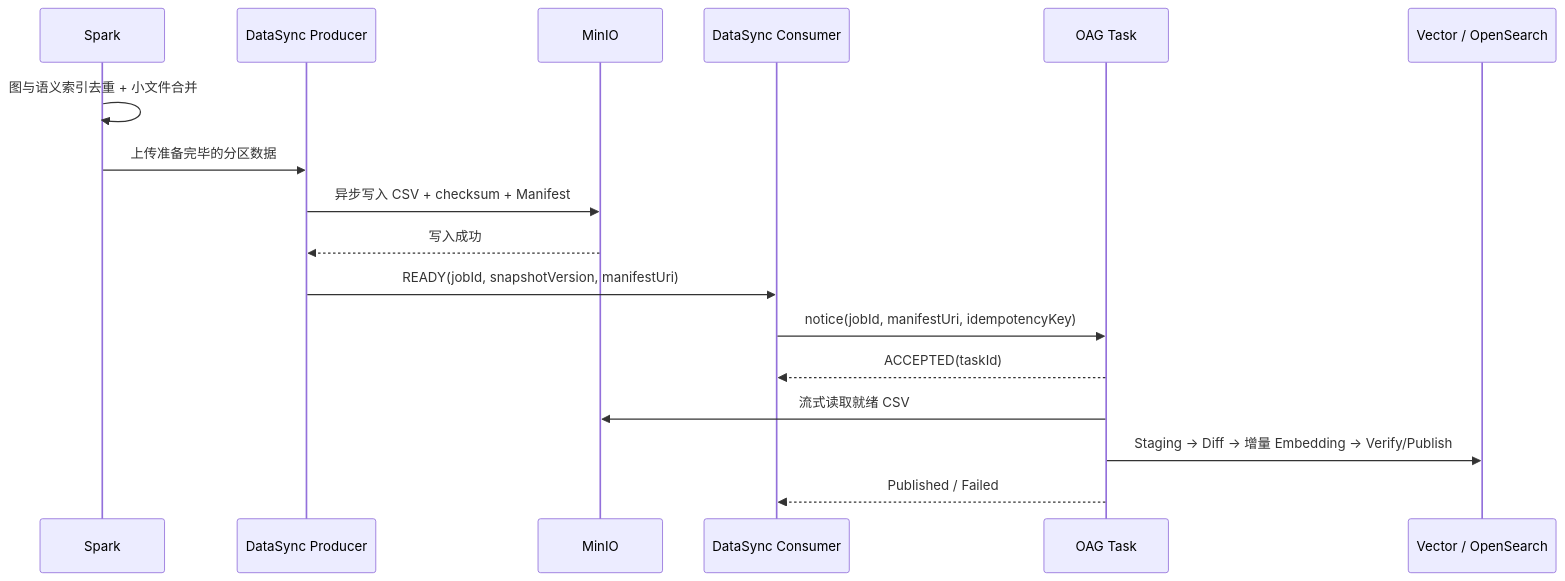
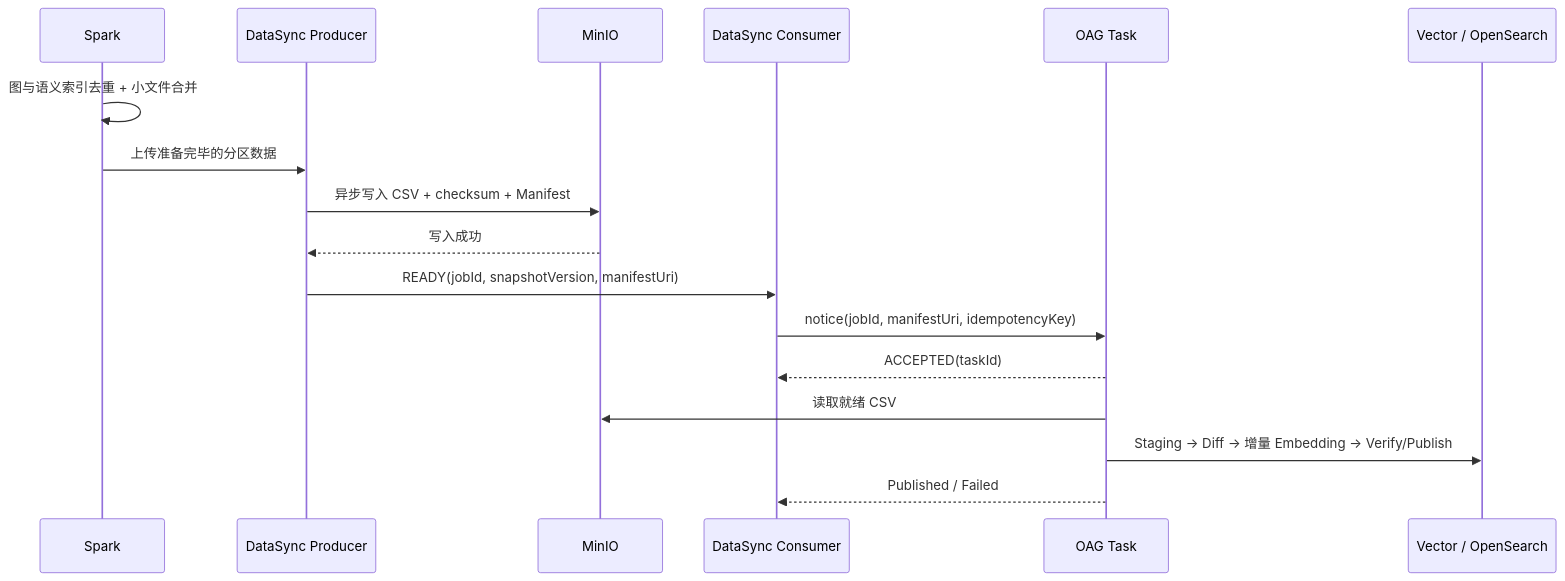
Before and after one commit to cfwl100/onology_dsl: the second of 3 diagrams in docs/Agentic Operation Center 27.3.0 功能设计说明书（IRxxx 软件Q4需求）.md, drawn with Mermaid. The commit also changed other lines of this file, not shown here.

````diff
--- a/docs/Agentic Operation Center 27.3.0 功能设计说明书（IRxxx 软件Q4需求）.md
+++ b/docs/Agentic Operation Center 27.3.0 功能设计说明书（IRxxx 软件Q4需求）.md
@@ -249,19 +242,19 @@
 ```mermaid
 sequenceDiagram
     participant S as Spark
     participant P as DataSync Producer
     participant M as MinIO
     participant C as DataSync Consumer
     participant O as OAG Task
     participant DB as Vector / OpenSearch
     S->>S: 图与语义索引去重 + 小文件合并
     S->>P: 上传准备完毕的分区数据
     P->>M: 异步写入 CSV + checksum + Manifest
     M-->>P: 写入成功
     P->>C: READY(jobId, snapshotVersion, manifestUri)
     C->>O: notice(jobId, manifestUri, idempotencyKey)
     O-->>C: ACCEPTED(taskId)
-    O->>M: 流式读取就绪 CSV
+    O->>M: 读取就绪 CSV
     O->>DB: Staging → Diff → 增量 Embedding → Verify/Publish
     O-->>C: Published / Failed
 ```
````
